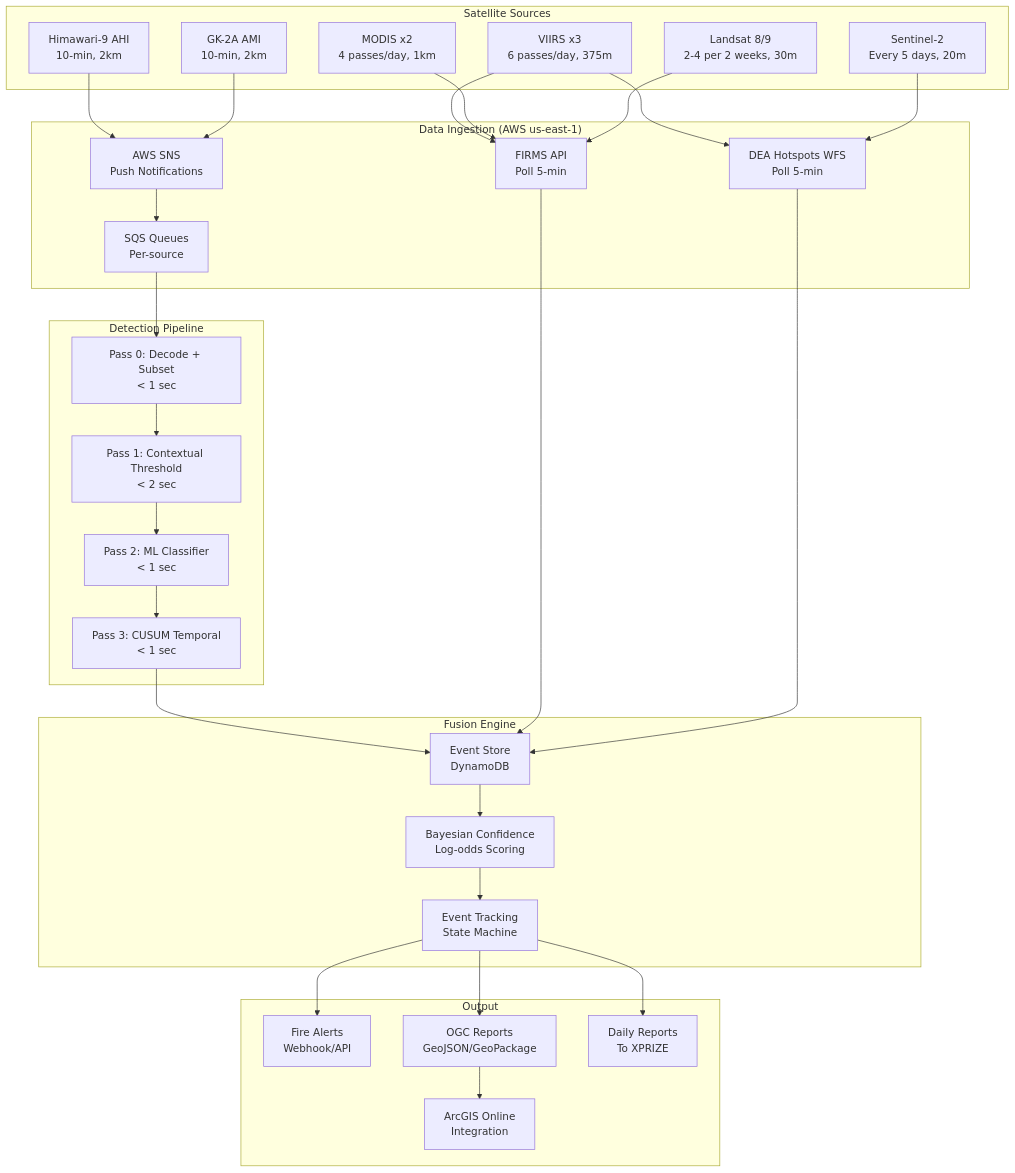
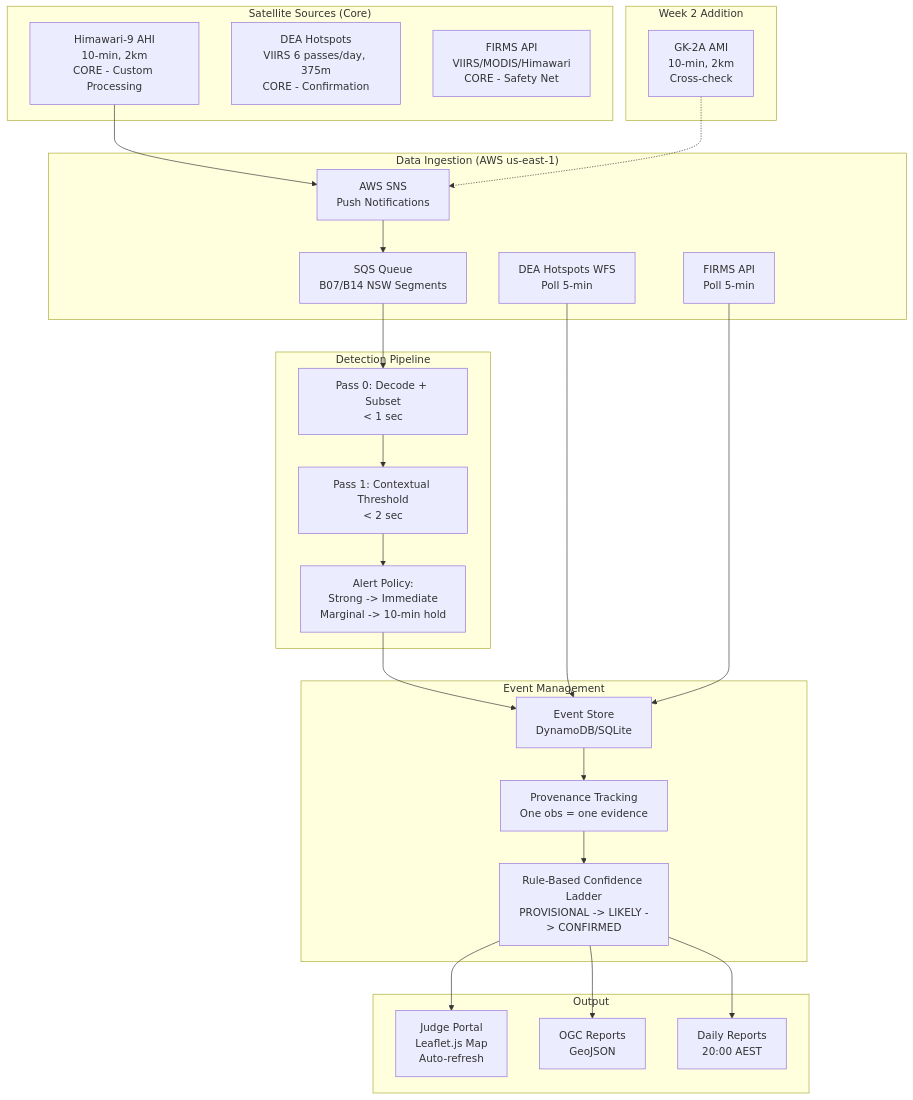
One commit to Ecosystem-Science-Lab/wildfire-xprize changed the diagram in docs/plan/SYSTEM-PLAN.md. Above: the diagram before and after it, drawn with Mermaid. The commit also changed other lines of this file and 5 other files, not shown here.

````diff
--- a/docs/plan/SYSTEM-PLAN.md
+++ b/docs/plan/SYSTEM-PLAN.md
@@ -30,54 +52,48 @@
 ```mermaid
 flowchart TB
-    subgraph "Satellite Sources"
-        H9[Himawari-9 AHI<br/>10-min, 2km]
-        GK[GK-2A AMI<br/>10-min, 2km]
-        V[VIIRS x3<br/>6 passes/day, 375m]
-        M[MODIS x2<br/>4 passes/day, 1km]
-        L[Landsat 8/9<br/>2-4 per 2 weeks, 30m]
-        S2[Sentinel-2<br/>Every 5 days, 20m]
+    subgraph "Satellite Sources (Core)"
+        H9[Himawari-9 AHI<br/>10-min, 2km<br/>CORE - Custom Processing]
+        DEA[DEA Hotspots<br/>VIIRS 6 passes/day, 375m<br/>CORE - Confirmation]
+        FIRMS_SRC[FIRMS API<br/>VIIRS/MODIS/Himawari<br/>CORE - Safety Net]
+    end
+
+    subgraph "Week 2 Addition"
+        GK[GK-2A AMI<br/>10-min, 2km<br/>Cross-check]
     end
 
     subgraph "Data Ingestion (AWS us-east-1)"
         SNS[AWS SNS<br/>Push Notifications]
-        SQS[SQS Queues<br/>Per-source]
-        FIRMS_API[FIRMS API<br/>Poll 5-min]
-        DEA_API[DEA Hotspots WFS<br/>Poll 5-min]
+        SQS[SQS Queue<br/>B07/B14 NSW Segments]
+        DEA_POLL[DEA Hotspots WFS<br/>Poll 5-min]
+        FIRMS_POLL[FIRMS API<br/>Poll 5-min]
     end
 
     subgraph "Detection Pipeline"
         P0[Pass 0: Decode + Subset<br/>< 1 sec]
         P1[Pass 1: Contextual Threshold<br/>< 2 sec]
-        P2[Pass 2: ML Classifier<br/>< 1 sec]
-        P3[Pass 3: CUSUM Temporal<br/>< 1 sec]
+        ALERT_POLICY[Alert Policy:<br/>Strong -> Immediate<br/>Marginal -> 10-min hold]
     end
 
-    subgraph "Fusion Engine"
-        EVT[Event Store<br/>DynamoDB]
-        BAYES[Bayesian Confidence<br/>Log-odds Scoring]
-        TRACK[Event Tracking<br/>State Machine]
+    subgraph "Event Management"
+        EVT[Event Store<br/>DynamoDB/SQLite]
+        LADDER[Rule-Based Confidence Ladder<br/>PROVISIONAL -> LIKELY -> CONFIRMED]
+        PROV[Provenance Tracking<br/>One obs = one evidence]
     end
 
     subgraph "Output"
-        ALERT[Fire Alerts<br/>Webhook/API]
-        OGC[OGC Reports<br/>GeoJSON/GeoPackage]
-        AGOL[ArcGIS Online<br/>Integration]
-        DAILY[Daily Reports<br/>To XPRIZE]
+        PORTAL[Judge Portal<br/>Leaflet.js Map<br/>Auto-refresh]
+        OGC[OGC Reports<br/>GeoJSON]
+        DAILY[Daily Reports<br/>20:00 AEST]
     end
 
     H9 --> SNS --> SQS --> P0
-    GK --> SNS
-    V --> DEA_API
-    V --> FIRMS_API
-    M --> FIRMS_API
-    L --> FIRMS_API
-    S2 --> DEA_API
+    GK -.-> SNS
 
-    P0 --> P1 --> P2 --> P3 --> EVT
-    FIRMS_API --> EVT
-    DEA_API --> EVT
+    P0 --> P1 --> ALERT_POLICY --> EVT
+    DEA_POLL --> EVT
+    FIRMS_POLL --> EVT
 
-    EVT --> BAYES --> TRACK --> ALERT
-    TRACK --> OGC --> AGOL
-    TRACK --> DAILY
+    EVT --> PROV --> LADDER --> PORTAL
+    LADDER --> OGC
+    LADDER --> DAILY
 ```
````
